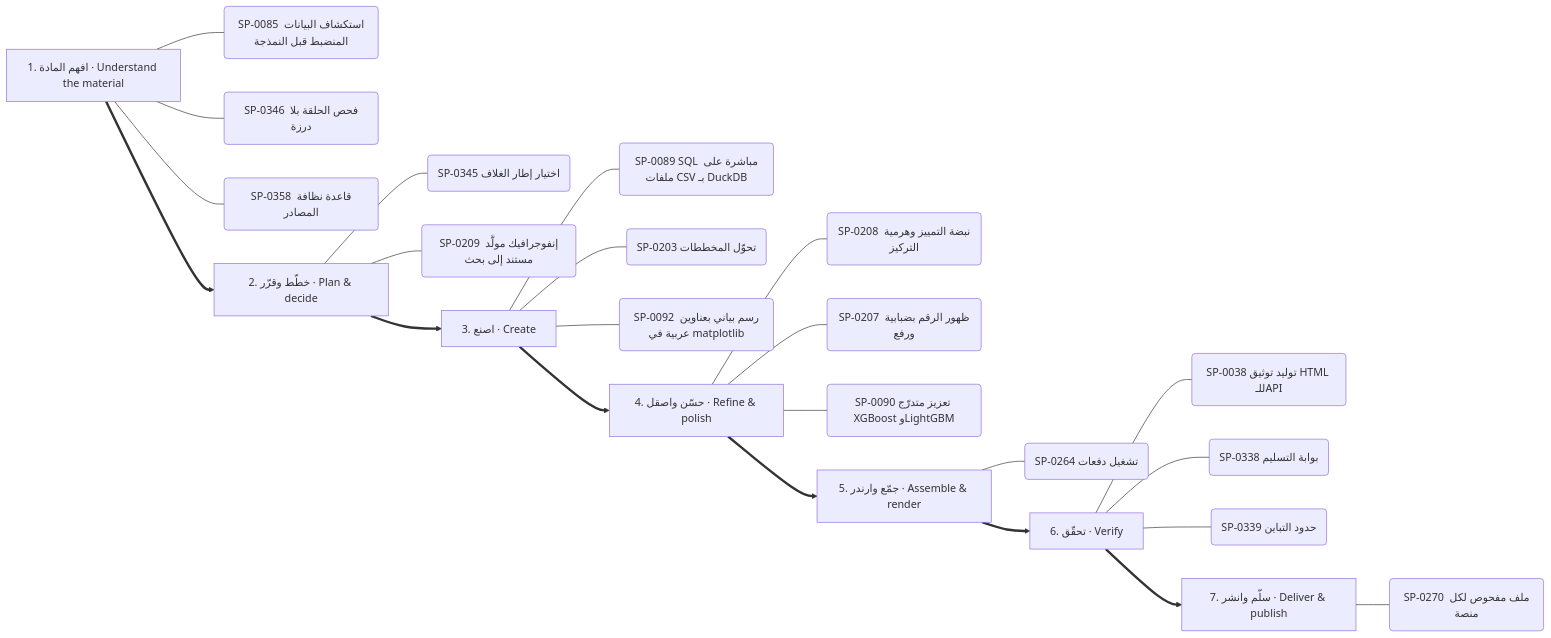
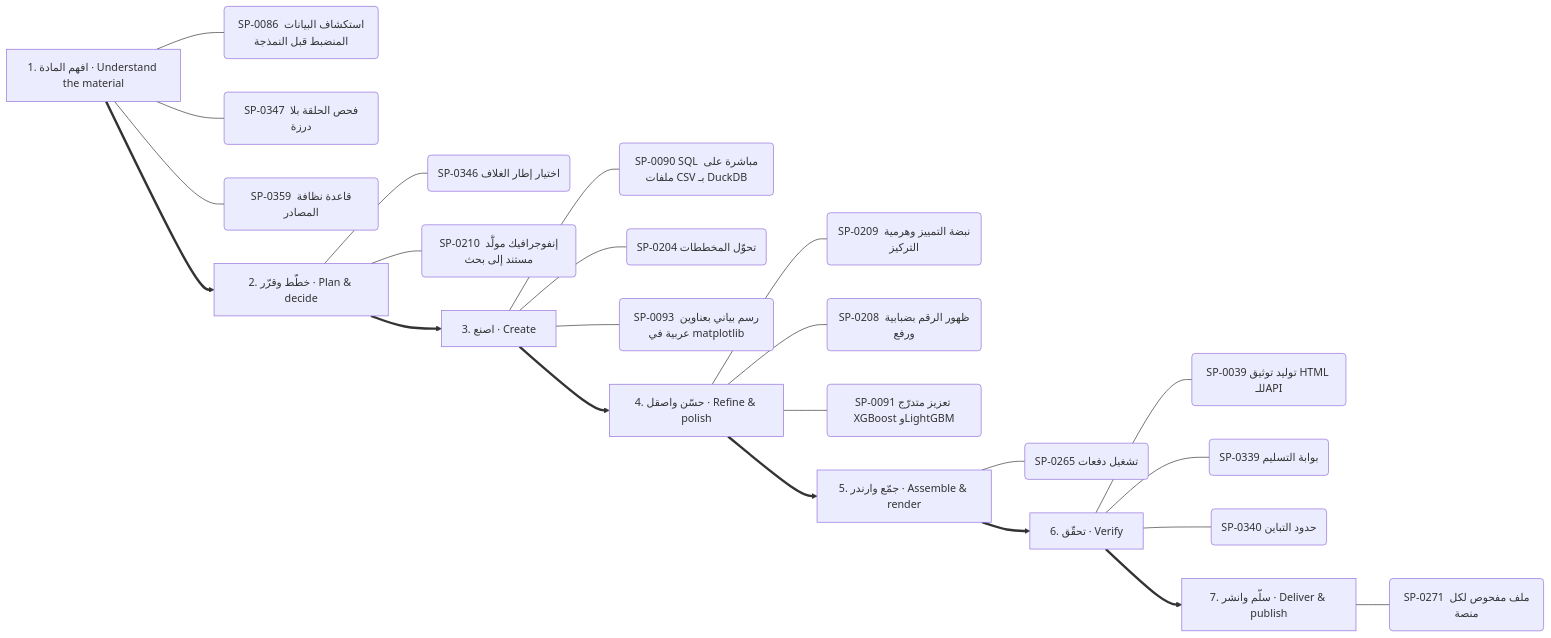
Before and after one commit to kosif199022-jpg/kosif-tool: diagram 12 of 13 in .claude/skills/kosif-superpowers/references/capability-mindmap.md, drawn with Mermaid. The commit also changed other lines of this file and 9 other files, not shown here.

First line of the commit message:
Rebuild the fused superpowers, hubs, mind map and owned-repos map

````diff
--- a/.claude/skills/kosif-superpowers/references/capability-mindmap.md
+++ b/.claude/skills/kosif-superpowers/references/capability-mindmap.md
@@ -592,32 +592,32 @@
 ```mermaid
 flowchart LR
   S0["1. افهم المادة · Understand the material"]
-  S0 --- S0_0("SP-0085 استكشاف البيانات المنضبط قبل النمذجة")
-  S0 --- S0_1("SP-0346 فحص الحلقة بلا درزة")
-  S0 --- S0_2("SP-0358 قاعدة نظافة المصادر")
+  S0 --- S0_0("SP-0086 استكشاف البيانات المنضبط قبل النمذجة")
+  S0 --- S0_1("SP-0347 فحص الحلقة بلا درزة")
+  S0 --- S0_2("SP-0359 قاعدة نظافة المصادر")
   S1["2. خطّط وقرّر · Plan & decide"]
-  S1 --- S1_0("SP-0345 اختيار إطار الغلاف")
-  S1 --- S1_1("SP-0209 إنفوجرافيك مولَّد مستند إلى بحث")
+  S1 --- S1_0("SP-0346 اختيار إطار الغلاف")
+  S1 --- S1_1("SP-0210 إنفوجرافيك مولَّد مستند إلى بحث")
   S0 ==> S1
   S2["3. اصنع · Create"]
-  S2 --- S2_0("SP-0089 SQL مباشرة على ملفات CSV بـ DuckDB")
-  S2 --- S2_1("SP-0203 تحوّل المخططات")
-  S2 --- S2_2("SP-0092 رسم بياني بعناوين عربية في matplotlib")
+  S2 --- S2_0("SP-0090 SQL مباشرة على ملفات CSV بـ DuckDB")
+  S2 --- S2_1("SP-0204 تحوّل المخططات")
+  S2 --- S2_2("SP-0093 رسم بياني بعناوين عربية في matplotlib")
   S1 ==> S2
   S3["4. حسّن واصقل · Refine & polish"]
-  S3 --- S3_0("SP-0208 نبضة التمييز وهرمية التركيز")
-  S3 --- S3_1("SP-0207 ظهور الرقم بضبابية ورفع")
-  S3 --- S3_2("SP-0090 تعزيز متدرّج XGBoost وLightGBM")
+  S3 --- S3_0("SP-0209 نبضة التمييز وهرمية التركيز")
+  S3 --- S3_1("SP-0208 ظهور الرقم بضبابية ورفع")
+  S3 --- S3_2("SP-0091 تعزيز متدرّج XGBoost وLightGBM")
   S2 ==> S3
   S4["5. جمّع وارندر · Assemble & render"]
-  S4 --- S4_0("SP-0264 تشغيل دفعات")
+  S4 --- S4_0("SP-0265 تشغيل دفعات")
   S3 ==> S4
   S5["6. تحقّق · Verify"]
-  S5 --- S5_0("SP-0038 توليد توثيق HTML للـAPI")
-  S5 --- S5_1("SP-0338 بوابة التسليم")
-  S5 --- S5_2("SP-0339 حدود التباين")
+  S5 --- S5_0("SP-0039 توليد توثيق HTML للـAPI")
+  S5 --- S5_1("SP-0339 بوابة التسليم")
+  S5 --- S5_2("SP-0340 حدود التباين")
   S4 ==> S5
   S6["7. سلّم وانشر · Deliver & publish"]
-  S6 --- S6_0("SP-0270 ملف مفحوص لكل منصة")
+  S6 --- S6_0("SP-0271 ملف مفحوص لكل منصة")
   S5 ==> S6
 ```
````
